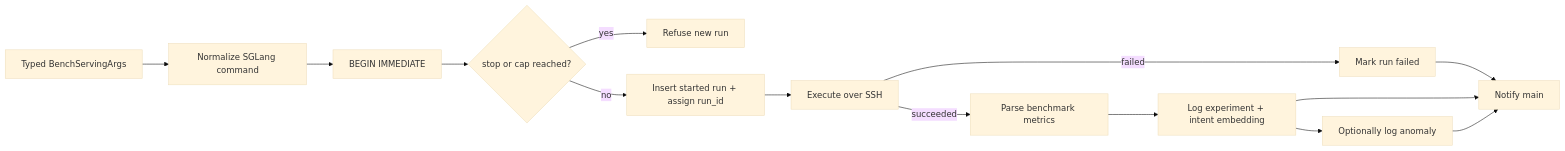
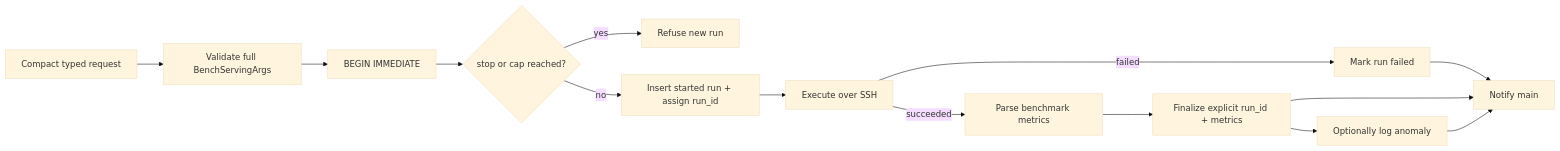
Before and after one commit to coder-2011/perferox: the fourth of 5 diagrams in structures.md, drawn with Mermaid (base theme). The commit also changed other lines of this file and 17 other files, not shown here.

````diff
--- a/structures.md
+++ b/structures.md
@@ -120,16 +120,16 @@
 ```mermaid
 flowchart LR
-  args["Typed BenchServingArgs"] --> command["Normalize SGLang command"]
+  args["Compact typed request"] --> command["Validate full BenchServingArgs"]
   command --> tx["BEGIN IMMEDIATE"]
   tx --> guard{"stop or cap reached?"}
   guard -->|"yes"| refuse["Refuse new run"]
   guard -->|"no"| row["Insert started run + assign run_id"]
   row --> remote["Execute over SSH"]
   remote -->|"failed"| failed["Mark run failed"]
   remote -->|"succeeded"| parse["Parse benchmark metrics"]
-  parse --> experiment["Log experiment + intent embedding"]
+  parse --> experiment["Finalize explicit run_id + metrics"]
   experiment --> anomaly["Optionally log anomaly"]
   failed --> notify["Notify main"]
   experiment --> notify
   anomaly --> notify
 ```
````
